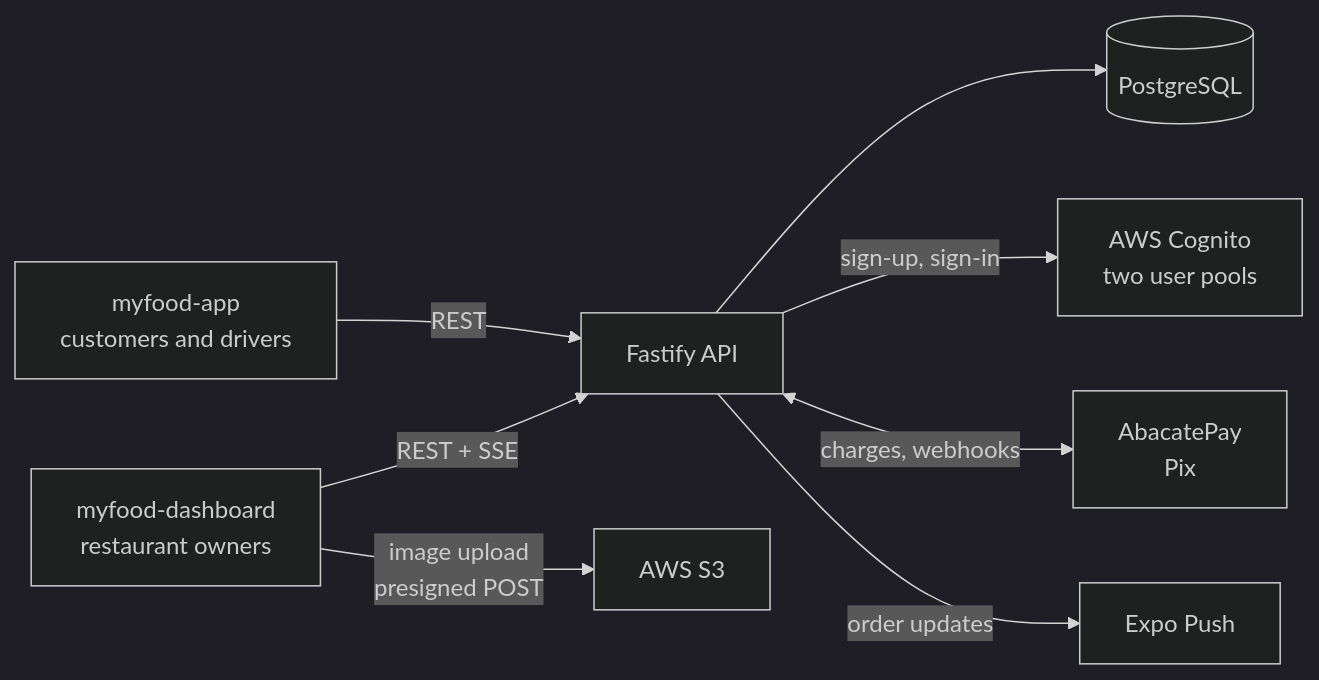
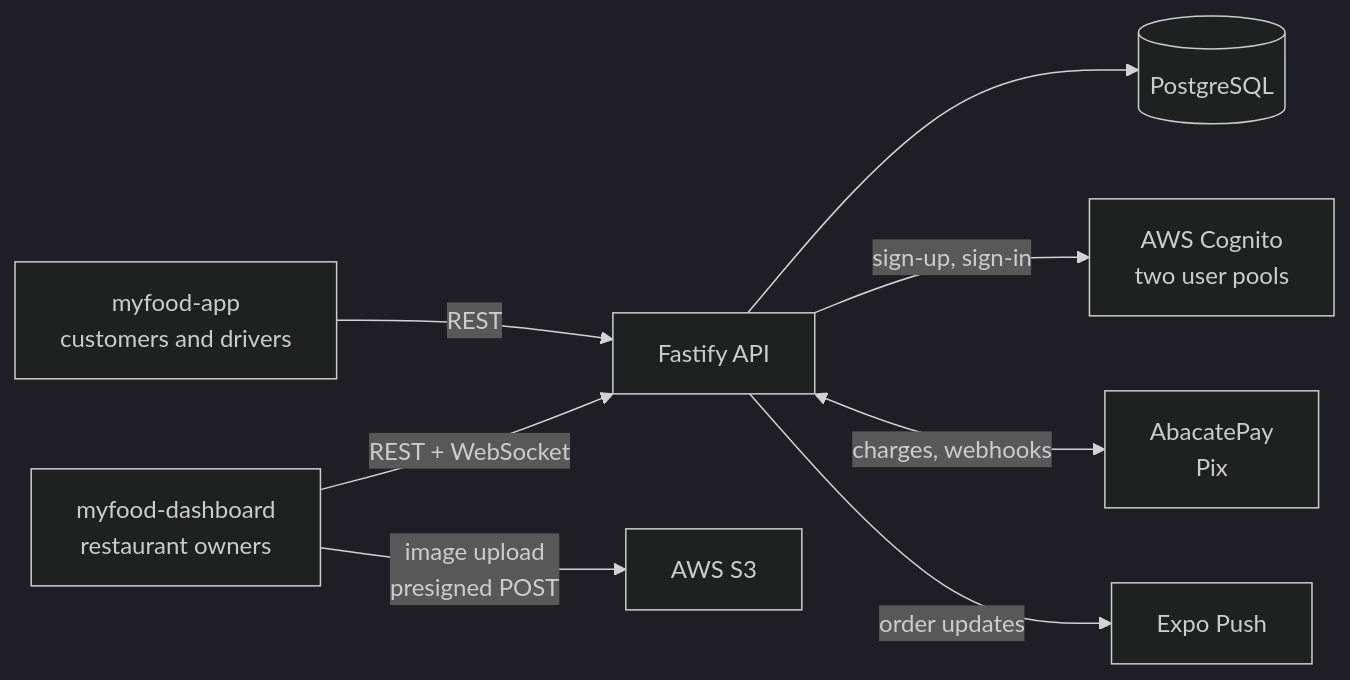
One commit to pedrohdionisio/myfood-api changed the first of 3 diagrams in README.md. Above: the diagram before and after it, drawn with Mermaid (dark theme). The commit also changed other lines of this file and 42 other files, not shown here.

Commit message:
feat: moves dashboard real time from SSE to an API Gateway WebSocket

````diff
--- a/README.md
+++ b/README.md
@@ -53,19 +54,19 @@
 ```mermaid
 flowchart LR
     app["myfood-app<br/>customers and drivers"]
     dash["myfood-dashboard<br/>restaurant owners"]
     api["Fastify API"]
     pg[("PostgreSQL")]
     cognito["AWS Cognito<br/>two user pools"]
     s3["AWS S3"]
     abacate["AbacatePay<br/>Pix"]
     expo["Expo Push"]
 
     app -->|REST| api
-    dash -->|"REST + SSE"| api
+    dash -->|"REST + WebSocket"| api
     dash -->|"image upload<br/>presigned POST"| s3
     api --> pg
     api -->|"sign-up, sign-in"| cognito
     api <-->|"charges, webhooks"| abacate
     api -->|"order updates"| expo
 ```
````
